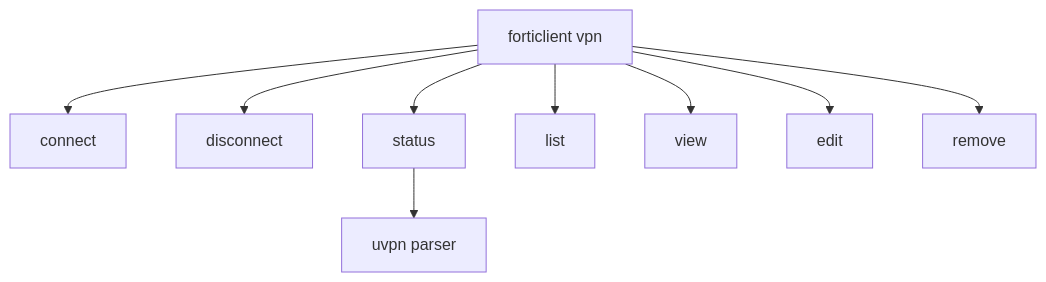
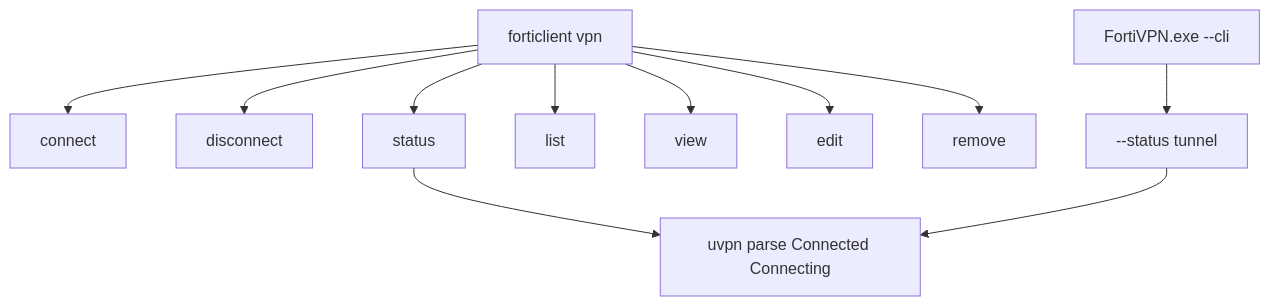
Before and after one commit to roto31/Tunnel-Monitor---Universal: the second of 4 diagrams in docs/vpn-solutions/fortinet-forticlient.md, drawn with Mermaid. The commit also changed other lines of this file and 25 other files, not shown here.

First line of the commit message:
Docs: add vendor citations, topology SVGs, and updated Mermaid.

````diff
--- a/docs/vpn-solutions/fortinet-forticlient.md
+++ b/docs/vpn-solutions/fortinet-forticlient.md
@@ -38,11 +45,13 @@
 ```mermaid
 flowchart TD
     ROOT[forticlient vpn] --> connect
     ROOT --> disconnect
     ROOT --> status
     ROOT --> list
     ROOT --> view
     ROOT --> edit
     ROOT --> remove
-    status --> uvpn[uvpn parser]
+    status --> PARSE[uvpn parse Connected Connecting]
+    WROOT[FortiVPN.exe --cli] --> wstatus[--status tunnel]
+    wstatus --> PARSE
 ```
````
